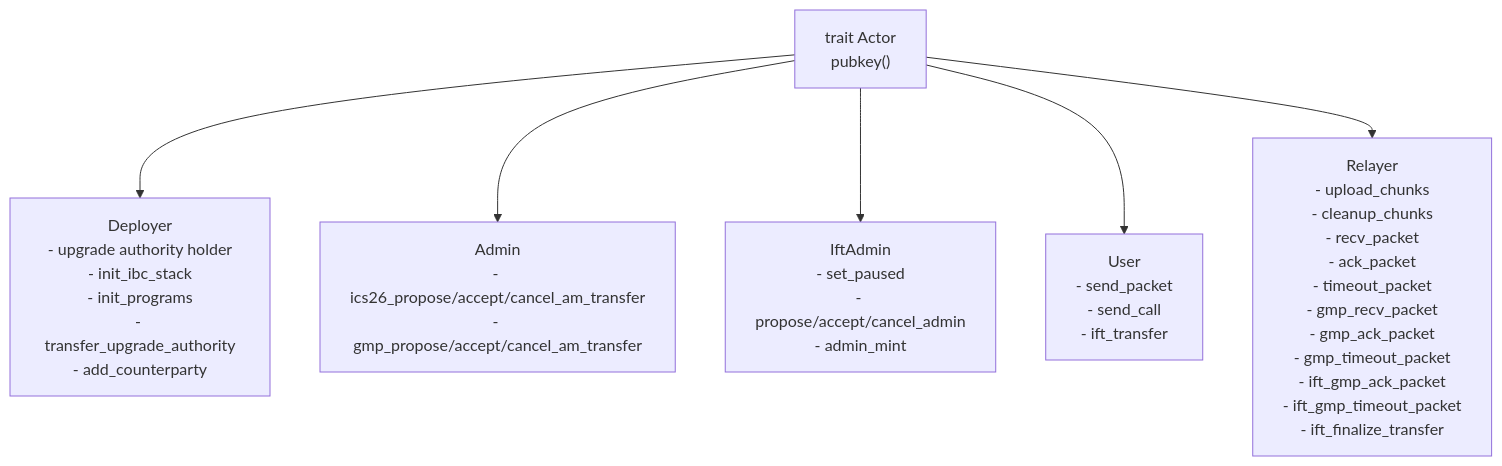
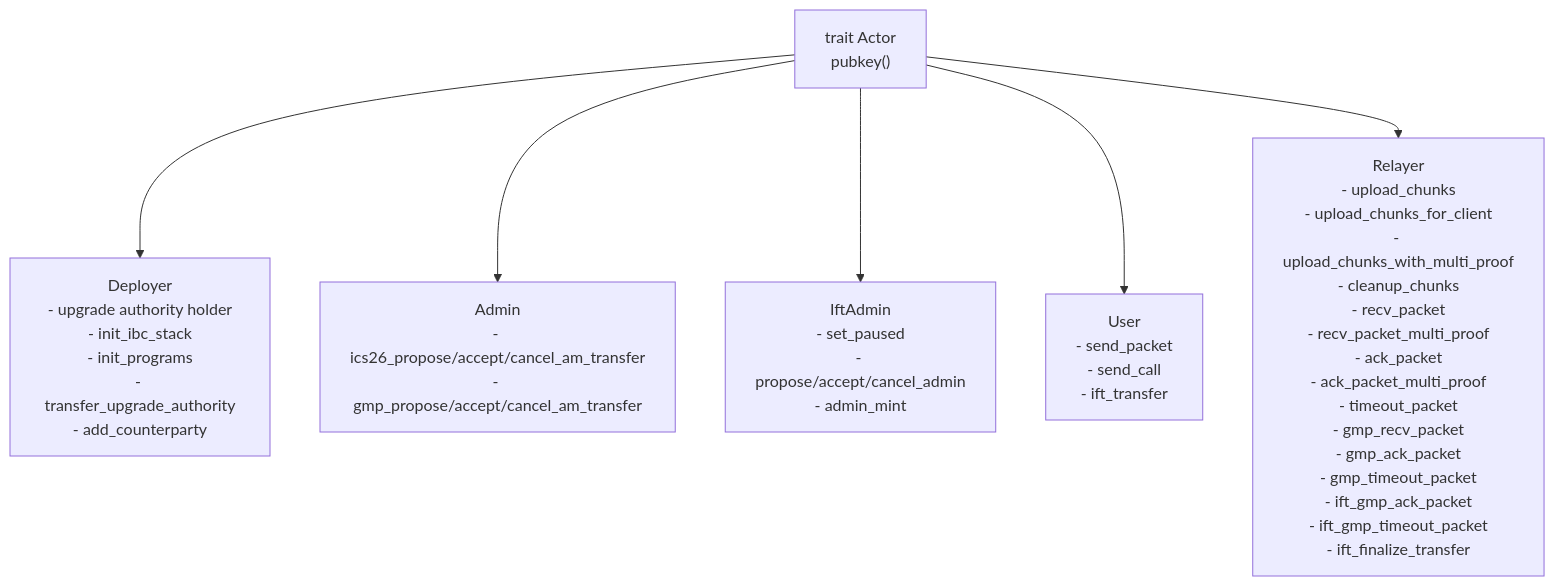
Before and after one commit to cosmos/solidity-ibc-eureka: the third of 8 diagrams in programs/solana/integration-tests/README.md, drawn with Mermaid. The commit also changed other lines of this file and 1 other file, not shown here.

Commit message:
fix(solana/integration-tests): consistency and docs review fixes

````diff
--- a/programs/solana/integration-tests/README.md
+++ b/programs/solana/integration-tests/README.md
@@ -126,15 +126,15 @@
 ```mermaid
 graph TB
     Actor["trait Actor\npubkey()"]
     Deployer["Deployer\n- upgrade authority holder\n- init_ibc_stack\n- init_programs\n- transfer_upgrade_authority\n- add_counterparty"]
     Admin["Admin\n- ics26_propose/accept/cancel_am_transfer\n- gmp_propose/accept/cancel_am_transfer"]
     IftAdmin["IftAdmin\n- set_paused\n- propose/accept/cancel_admin\n- admin_mint"]
     User["User\n- send_packet\n- send_call\n- ift_transfer"]
-    Relayer["Relayer\n- upload_chunks\n- cleanup_chunks\n- recv_packet\n- ack_packet\n- timeout_packet\n- gmp_recv_packet\n- gmp_ack_packet\n- gmp_timeout_packet\n- ift_gmp_ack_packet\n- ift_gmp_timeout_packet\n- ift_finalize_transfer"]
+    Relayer["Relayer\n- upload_chunks\n- upload_chunks_for_client\n- upload_chunks_with_multi_proof\n- cleanup_chunks\n- recv_packet\n- recv_packet_multi_proof\n- ack_packet\n- ack_packet_multi_proof\n- timeout_packet\n- gmp_recv_packet\n- gmp_ack_packet\n- gmp_timeout_packet\n- ift_gmp_ack_packet\n- ift_gmp_timeout_packet\n- ift_finalize_transfer"]
 
     Actor --> Deployer
     Actor --> Admin
     Actor --> IftAdmin
     Actor --> User
     Actor --> Relayer
 ```
````
